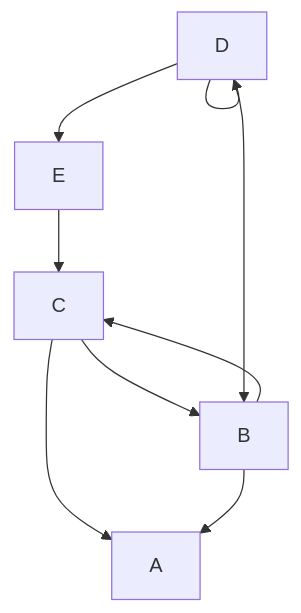
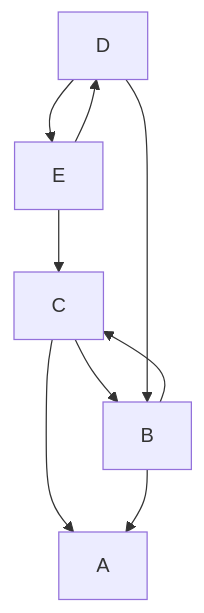
One commit to GiancarloBenavides/Telematics changed the diagram in Enrutamiento/README.md. Above: the diagram before and after it, drawn with Mermaid.

````diff
--- a/Enrutamiento/README.md
+++ b/Enrutamiento/README.md
@@ -49,11 +49,11 @@
 ```mermaid
 graph TD;
     C-->A;
     B-->A;
     B-->C;
     C-->B;
     D-->B;
     E-->C;
     D-->E;
-    D-->D;
+    E-->D;
 ```
````
